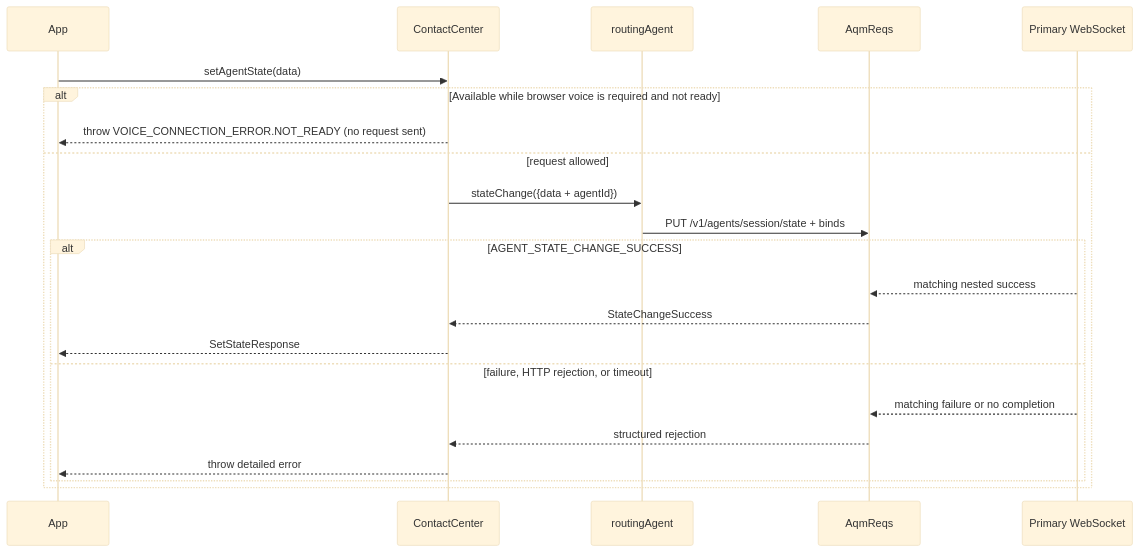
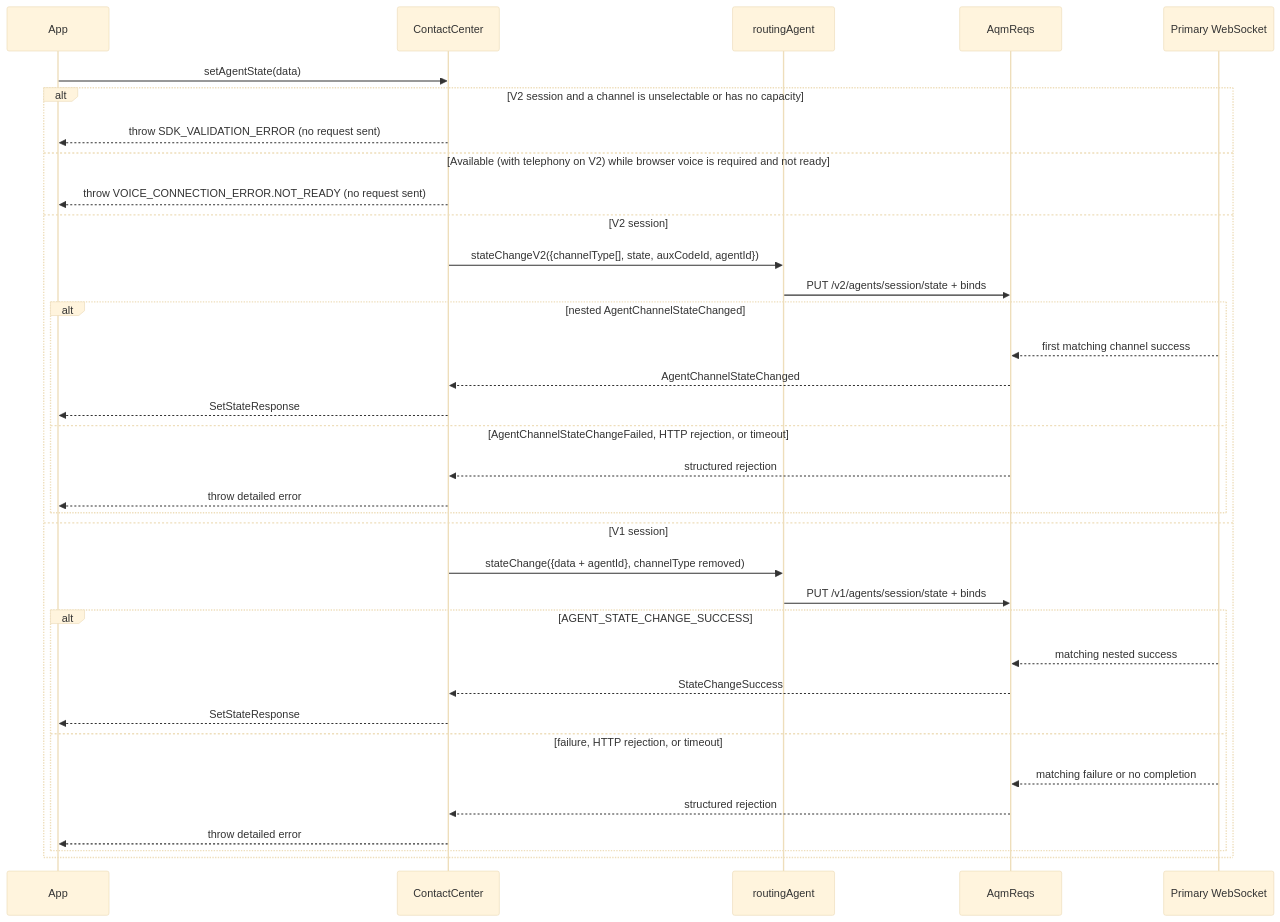
One commit to webex/webex-js-sdk changed the third of 7 diagrams in packages/@webex/contact-center/src/services/agent/docs/README.md. Above: the diagram before and after it, drawn with Mermaid (base theme). The commit also changed other lines of this file and 40 other files, not shown here.

First line of the commit message:
feat(contact-center): add V2 granular agent state, pinned per session

````diff
--- a/packages/@webex/contact-center/src/services/agent/docs/README.md
+++ b/packages/@webex/contact-center/src/services/agent/docs/README.md
@@ -420,24 +451,37 @@
 ```mermaid
 sequenceDiagram
   participant App
   participant CC as ContactCenter
   participant Agent as routingAgent
   participant AQM as AqmReqs
   participant WS as Primary WebSocket
   App->>CC: setAgentState(data)
-  alt Available while browser voice is required and not ready
+  alt V2 session and a channel is unselectable or has no capacity
+    CC-->>App: throw SDK_VALIDATION_ERROR (no request sent)
+  else Available (with telephony on V2) while browser voice is required and not ready
     CC-->>App: throw VOICE_CONNECTION_ERROR.NOT_READY (no request sent)
-  else request allowed
-    CC->>Agent: stateChange({data + agentId})
+  else V2 session
+    CC->>Agent: stateChangeV2({channelType[], state, auxCodeId, agentId})
+    Agent->>AQM: PUT /v2/agents/session/state + binds
+    alt nested AgentChannelStateChanged
+      WS-->>AQM: first matching channel success
+      AQM-->>CC: AgentChannelStateChanged
+      CC-->>App: SetStateResponse
+    else AgentChannelStateChangeFailed, HTTP rejection, or timeout
+      AQM-->>CC: structured rejection
+      CC-->>App: throw detailed error
+    end
+  else V1 session
+    CC->>Agent: stateChange({data + agentId}, channelType removed)
     Agent->>AQM: PUT /v1/agents/session/state + binds
     alt AGENT_STATE_CHANGE_SUCCESS
       WS-->>AQM: matching nested success
       AQM-->>CC: StateChangeSuccess
       CC-->>App: SetStateResponse
     else failure, HTTP rejection, or timeout
       WS-->>AQM: matching failure or no completion
       AQM-->>CC: structured rejection
       CC-->>App: throw detailed error
     end
   end
 ```
````
